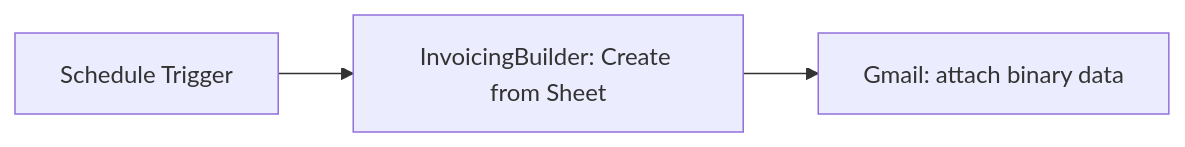
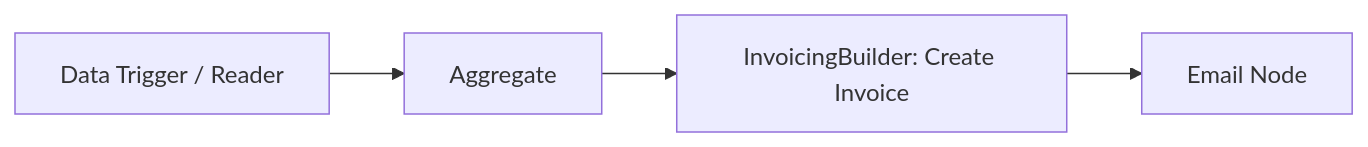
One commit to InvoicingBuilder/n8n-nodes-invoicingbuilder changed the third of 5 diagrams in README.md. Above: the diagram before and after it, drawn with Mermaid. The commit also changed other lines of this file and 9 other files, not shown here.

Commit message:
refactor: remove Google Sheet integration and enhance direct workflow data line item mapping

````diff
--- a/README.md
+++ b/README.md
@@ -304,5 +295,6 @@
 ```mermaid
 graph LR
-    A[Schedule Trigger] --> B[InvoicingBuilder: Create from Sheet]
-    B --> C[Gmail: attach binary data]
+    A[Data Trigger / Reader] --> B[Aggregate]
+    B --> C[InvoicingBuilder: Create Invoice]
+    C --> D[Email Node]
 ```
````
